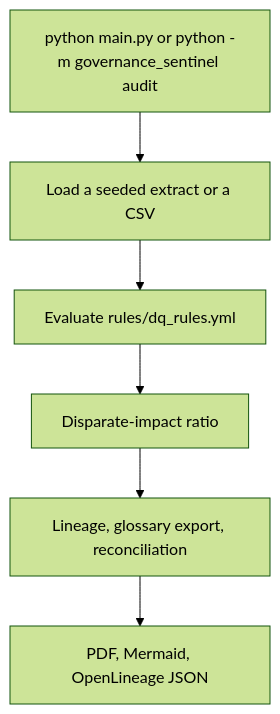
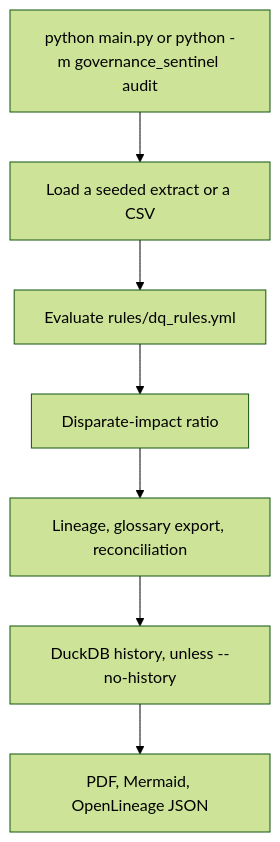
One commit to delens/Governance-Sentinel changed the first of 6 diagrams in README.md. Above: the diagram before and after it, drawn with Mermaid (forest theme). The commit also changed other lines of this file and 25 other files, not shown here.

First line of the commit message:
Add DuckDB audit history, column lineage, and v2.0.0 notes. (#4)

````diff
--- a/README.md
+++ b/README.md
@@ -65,8 +72,9 @@
 ```mermaid
 flowchart TD
   start["python main.py or python -m governance_sentinel audit"] --> load["Load a seeded extract or a CSV"]
   load --> rules["Evaluate rules/dq_rules.yml"]
   rules --> fairness["Disparate-impact ratio"]
   fairness --> lineage["Lineage, glossary export, reconciliation"]
-  lineage --> pdf["PDF, Mermaid, OpenLineage JSON"]
+  lineage --> history["DuckDB history, unless --no-history"]
+  history --> pdf["PDF, Mermaid, OpenLineage JSON"]
 ```
````
